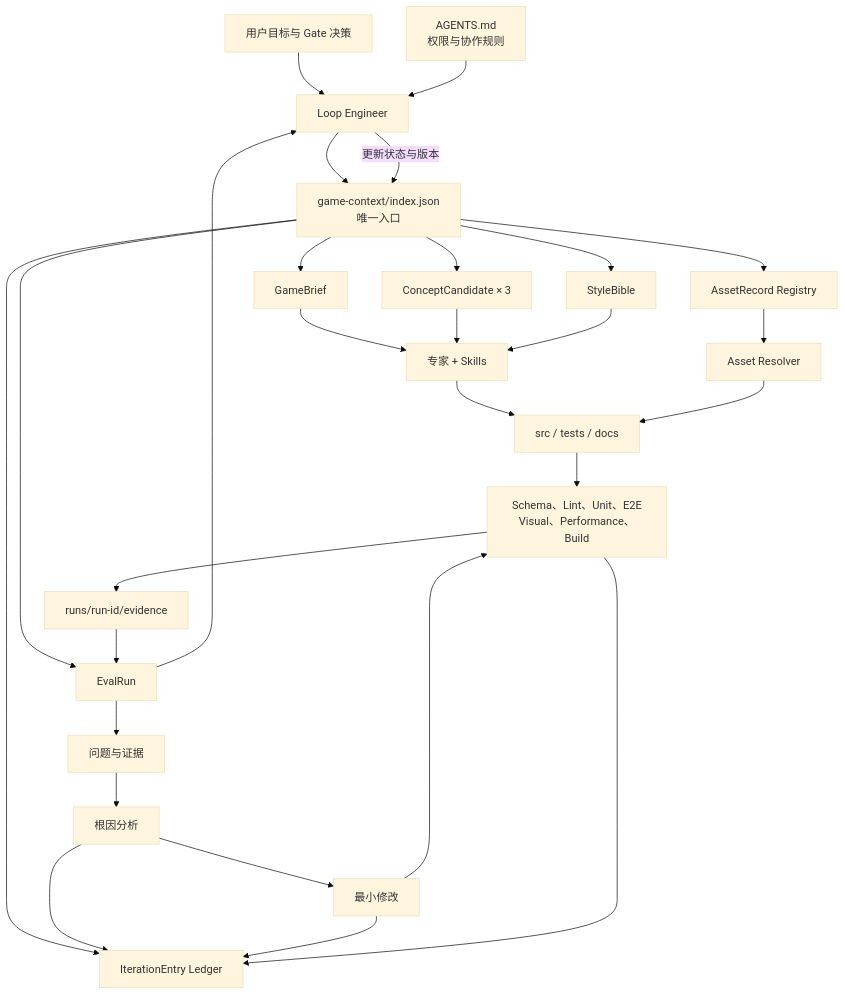
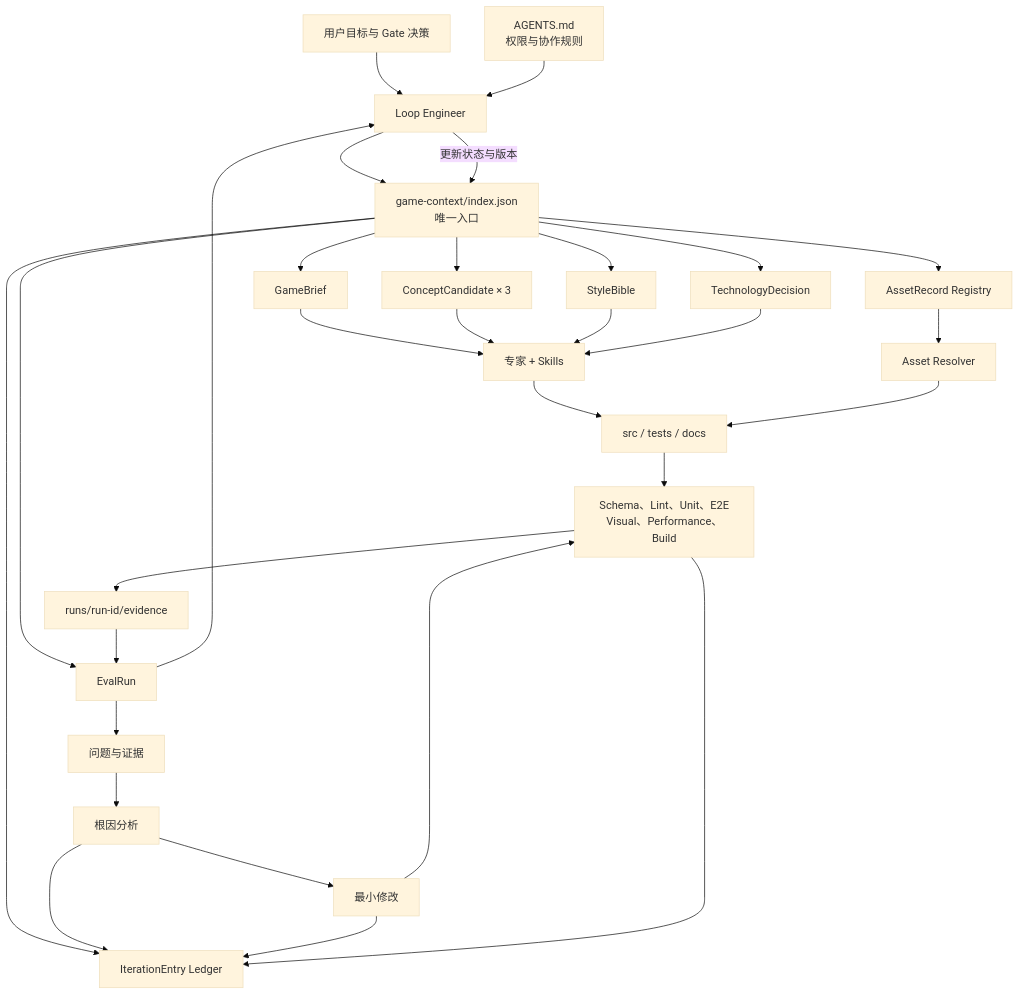
Before and after one commit to PlevanTem/kimi-interview-game: the third of 5 diagrams in docs/architecture.md, drawn with Mermaid (base theme). The commit also changed other lines of this file and 25 other files, not shown here.

````diff
--- a/docs/architecture.md
+++ b/docs/architecture.md
@@ -73,33 +77,35 @@
 ```mermaid
 flowchart TD
     U[用户目标与 Gate 决策] --> LE[Loop Engineer]
     RULES[AGENTS.md<br/>权限与协作规则] --> LE
     LE --> IDX[game-context/index.json<br/>唯一入口]
 
     IDX --> BRIEF[GameBrief]
     IDX --> CONCEPTS[ConceptCandidate × 3]
     IDX --> STYLE[StyleBible]
     IDX --> ASSETS[AssetRecord Registry]
+    IDX --> TECH[TechnologyDecision]
     IDX --> ITER[IterationEntry Ledger]
     IDX --> EVAL[EvalRun]
 
     BRIEF --> EXPERTS[专家 + Skills]
     CONCEPTS --> EXPERTS
     STYLE --> EXPERTS
+    TECH --> EXPERTS
     ASSETS --> RESOLVER[Asset Resolver]
     EXPERTS --> CODE[src / tests / docs]
     RESOLVER --> CODE
 
     CODE --> AUTO[Schema、Lint、Unit、E2E<br/>Visual、Performance、Build]
     AUTO --> EVIDENCE[runs/run-id/evidence]
     EVIDENCE --> EVAL
     EVAL --> LE
     EVAL --> DIAG[问题与证据]
     DIAG --> ROOT[根因分析]
     ROOT --> PATCH[最小修改]
     PATCH --> AUTO
     ROOT --> ITER
     PATCH --> ITER
     AUTO --> ITER
     LE -->|更新状态与版本| IDX
 ```
````
